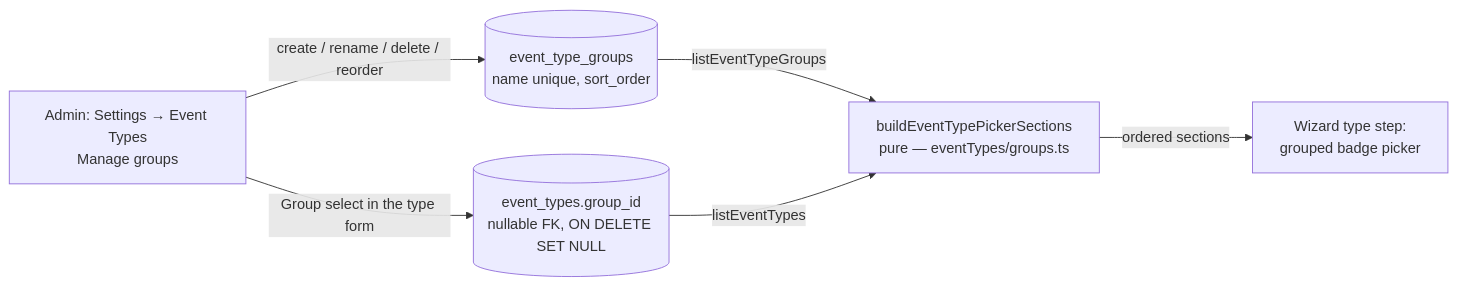
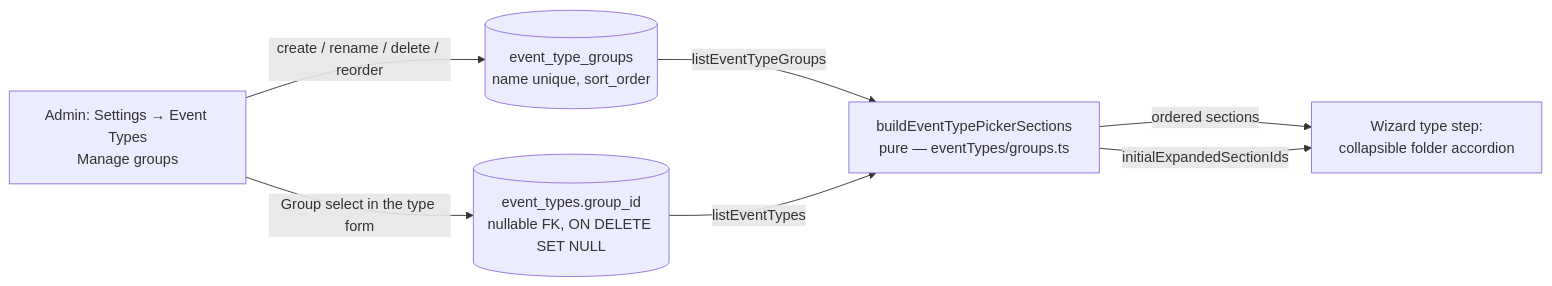
Before and after one commit to oncloudnintynineone-source/cloudy2: the fourth of 4 diagrams in docs/event-lifecycle.md, drawn with Mermaid. The commit also changed other lines of this file and 5 other files, not shown here.

Commit message:
Collapse event-type folders in the wizard type picker

````diff
--- a/docs/event-lifecycle.md
+++ b/docs/event-lifecycle.md
@@ -717,8 +717,9 @@
 ```mermaid
 flowchart LR
  A[Admin: Settings → Event Types<br/>Manage groups] -->|create / rename / delete / reorder| G[(event_type_groups<br/>name unique, sort_order)]
  A -->|Group select in the type form| T[(event_types.group_id<br/>nullable FK, ON DELETE SET NULL)]
  G -->|listEventTypeGroups| P[buildEventTypePickerSections<br/>pure — eventTypes/groups.ts]
  T -->|listEventTypes| P
- P -->|ordered sections| W[Wizard type step:<br/>grouped badge picker]
+ P -->|ordered sections| W[Wizard type step:<br/>collapsible folder accordion]
+ P -->|initialExpandedSectionIds| W
 ```
````
